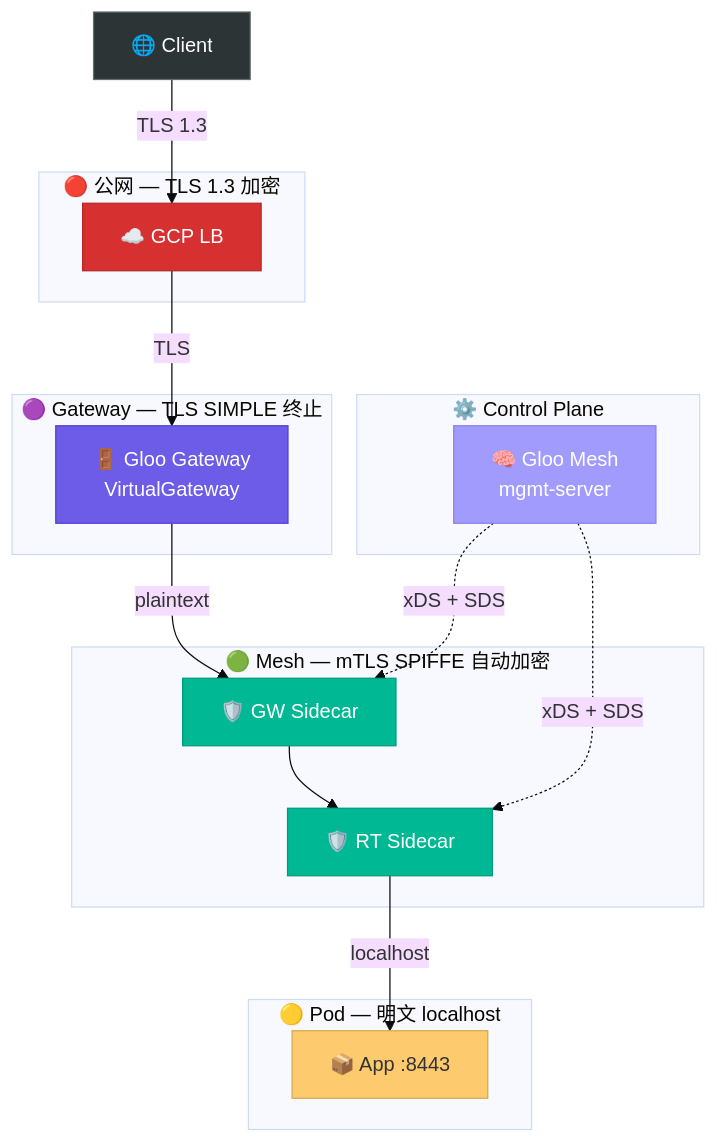
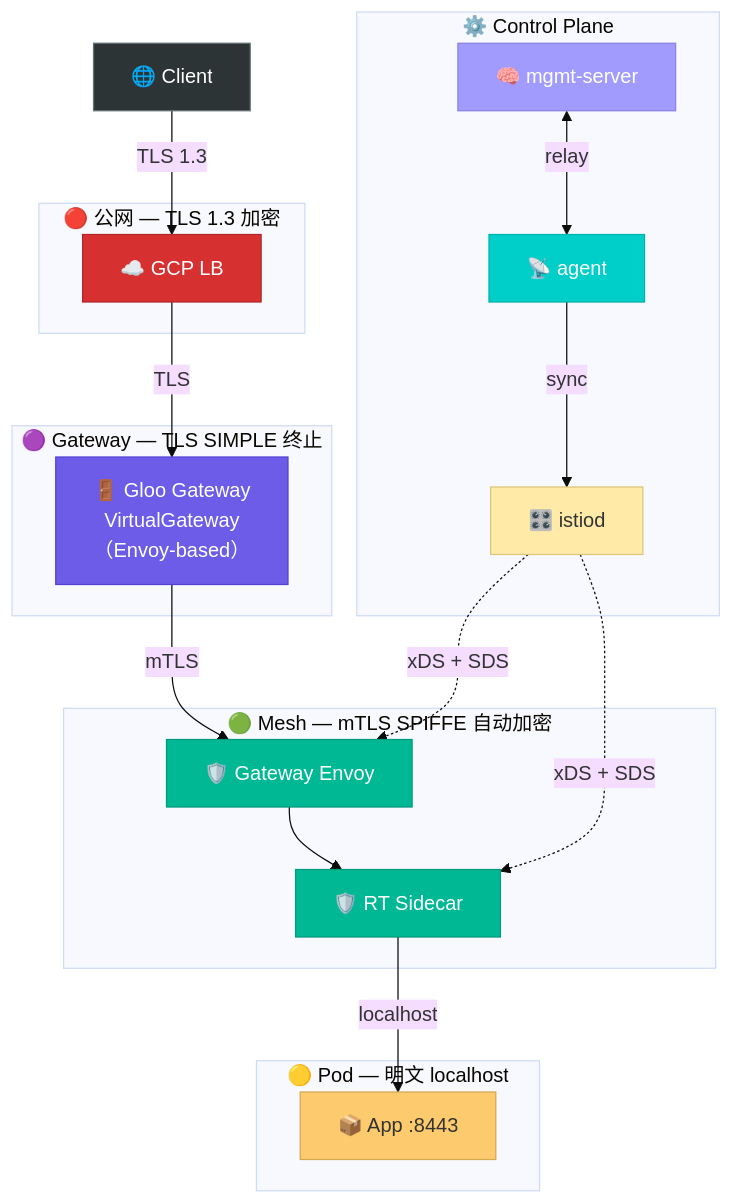
Before and after one commit to aibangjuxin/knowledge: the ninth of 11 diagrams in gcp/asm/gloo/gloo-flow.md, drawn with Mermaid (base theme). The commit also changed other lines of this file and 2 other files, not shown here.

````diff
--- a/gcp/asm/gloo/gloo-flow.md
+++ b/gcp/asm/gloo/gloo-flow.md
@@ -566,39 +583,45 @@
 ```mermaid
 graph TD
     Client["🌐 Client"]
 
     subgraph RED["🔴 公网 — TLS 1.3 加密"]
         GLB["☁️ GCP LB"]
     end
 
     subgraph PURPLE["🟣 Gateway — TLS SIMPLE 终止"]
-        GGW["🚪 Gloo Gateway\nVirtualGateway"]
+        GGW["🚪 Gloo Gateway\nVirtualGateway\n（Envoy-based）"]
     end
 
     subgraph GREEN["🟢 Mesh — mTLS SPIFFE 自动加密"]
-        GWSC["🛡️ GW Sidecar"] --> RTSC["🛡️ RT Sidecar"]
+        GGW2["🛡️ Gateway Envoy"] --> RTSC["🛡️ RT Sidecar"]
     end
 
     subgraph YELLOW["🟡 Pod — 明文 localhost"]
         APP["📦 App :8443"]
     end
 
     subgraph CONTROL["⚙️ Control Plane"]
-        CP["🧠 Gloo Mesh\nmgmt-server"]
+        MGMT["🧠 mgmt-server"]
+        AGENT["📡 agent"]
+        ISTIOD["🎛️ istiod"]
     end
 
     Client -->|"TLS 1.3"| GLB
     GLB -->|"TLS"| GGW
-    GGW -->|"plaintext"| GWSC
+    GGW -->|"mTLS"| GGW2
     RTSC -->|"localhost"| APP
-    CP -.->|"xDS + SDS"| GWSC
-    CP -.->|"xDS + SDS"| RTSC
+    MGMT <-->|"relay"| AGENT
+    AGENT -->|"sync"| ISTIOD
+    ISTIOD -.->|"xDS + SDS"| GGW2
+    ISTIOD -.->|"xDS + SDS"| RTSC
 
     style Client fill:#2d3436,stroke:#636e72,color:#fff
     style GLB fill:#d63031,stroke:#b52727,color:#fff
     style GGW fill:#6c5ce7,stroke:#5341d6,color:#fff
-    style GWSC fill:#00b894,stroke:#009a7d,color:#fff
+    style GGW2 fill:#00b894,stroke:#009a7d,color:#fff
     style RTSC fill:#00b894,stroke:#009a7d,color:#fff
     style APP fill:#fdcb6e,stroke:#d4a84e,color:#333
-    style CP fill:#a29bfe,stroke:#8a82e5,color:#fff
+    style MGMT fill:#a29bfe,stroke:#8a82e5,color:#fff
+    style AGENT fill:#00cec9,stroke:#00b3ad,color:#fff
+    style ISTIOD fill:#ffeaa7,stroke:#dcc47a,color:#333
 ```
````
